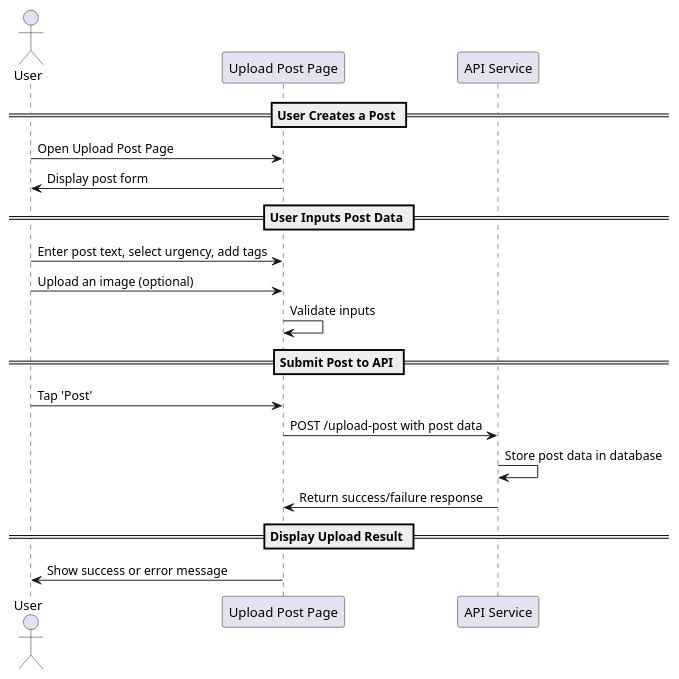
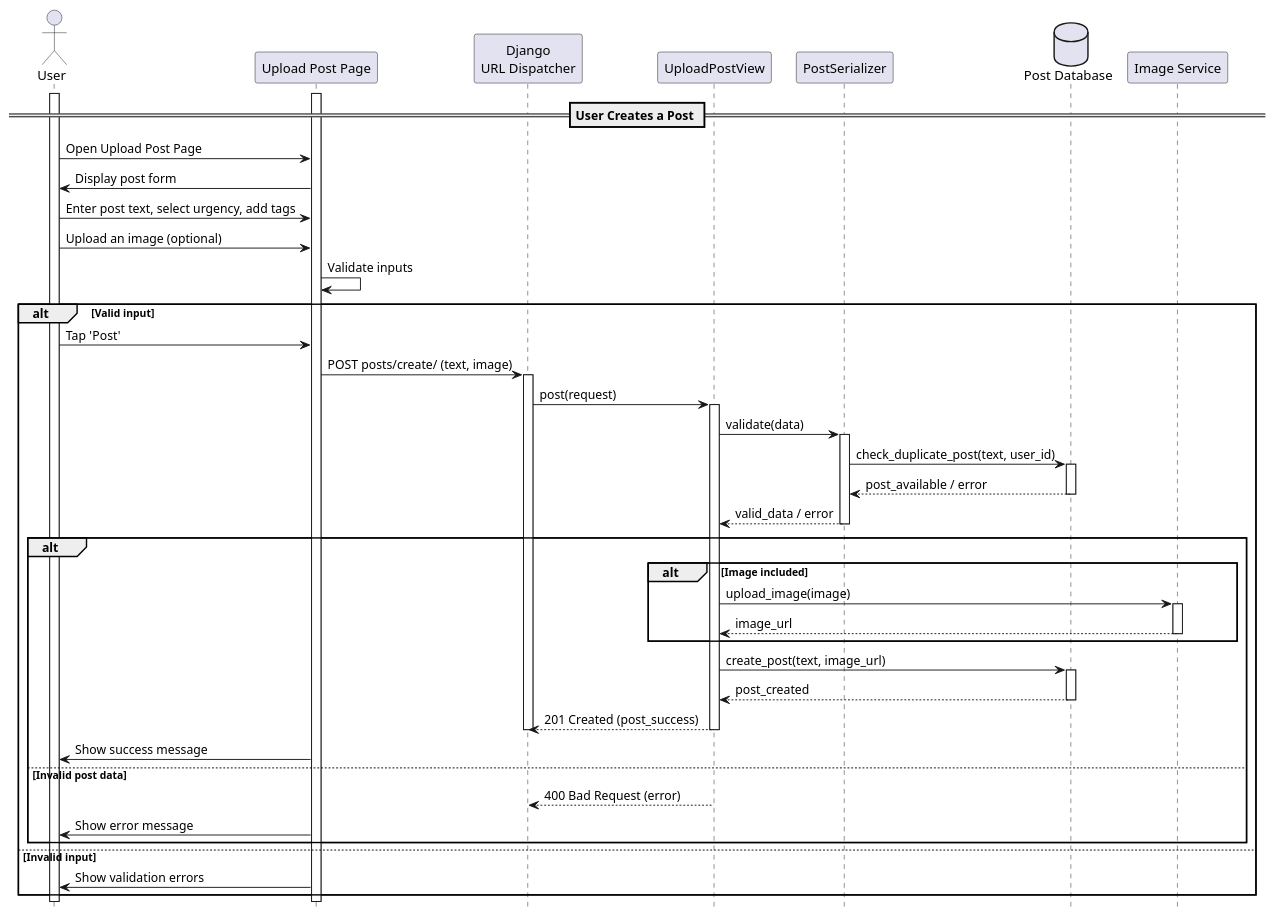
The diagram in feed/upload_post.puml (KMITL-BusBuddy/diagram), drawn with PlantUML before and after one commit. The commit also changed 10 other files, not shown here.

```diff
--- a/feed/upload_post.puml
+++ b/feed/upload_post.puml
@@ -1,24 +1,78 @@
-@startuml
+@startuml upload_post
+
+hide footbox
 
 actor User
 participant "Upload Post Page" as UI
-participant "API Service" as API
+participant "Django\nURL Dispatcher" as API
+participant "UploadPostView" as view_upload_post
+participant "PostSerializer" as serializer_post
+database "Post Database" as table_posts
+participant "Image Service" as image_service
 
 == User Creates a Post ==
+activate User
+activate UI
 User -> UI: Open Upload Post Page
 UI -> User: Display post form
 
-== User Inputs Post Data ==
+
 User -> UI: Enter post text, select urgency, add tags
 User -> UI: Upload an image (optional)
+
 UI -> UI: Validate inputs
 
-== Submit Post to API ==
-User -> UI: Tap 'Post'
-UI -> API: POST /upload-post with post data
-API -> API: Store post data in database
-API -> UI: Return success/failure response
+alt Valid input
+    User -> UI: Tap 'Post'
+    UI -> API: POST posts/create/ (text, image)
+    activate API
 
-== Display Upload Result ==
-UI -> User: Show success or error message
+    API -> view_upload_post: post(request)
+    activate view_upload_post
+
+    view_upload_post -> serializer_post: validate(data)
+    activate serializer_post
+
+    serializer_post -> table_posts: check_duplicate_post(text, user_id)
+    activate table_posts
+
+    table_posts --> serializer_post: post_available / error
+    deactivate table_posts
+
+    serializer_post --> view_upload_post: valid_data / error
+    deactivate serializer_post
+
+    alt 
+        alt Image included
+            view_upload_post -> image_service: upload_image(image)
+            activate image_service
+            image_service --> view_upload_post: image_url
+            deactivate image_service
+        end
+
+        view_upload_post -> table_posts: create_post(text, image_url)
+        activate table_posts
+
+        table_posts --> view_upload_post: post_created
+        deactivate table_posts
+
+        view_upload_post --> API: 201 Created (post_success)
+        deactivate view_upload_post
+        deactivate API
+
+        UI -> User: Show success message
+    else Invalid post data
+        view_upload_post --> API: 400 Bad Request (error)
+        deactivate view_upload_post
+        deactivate API
+
+        UI -> User: Show error message
+    end
+else Invalid input
+    UI -> User: Show validation errors
+end
+
+deactivate UI
+deactivate User
+
 @enduml
```
